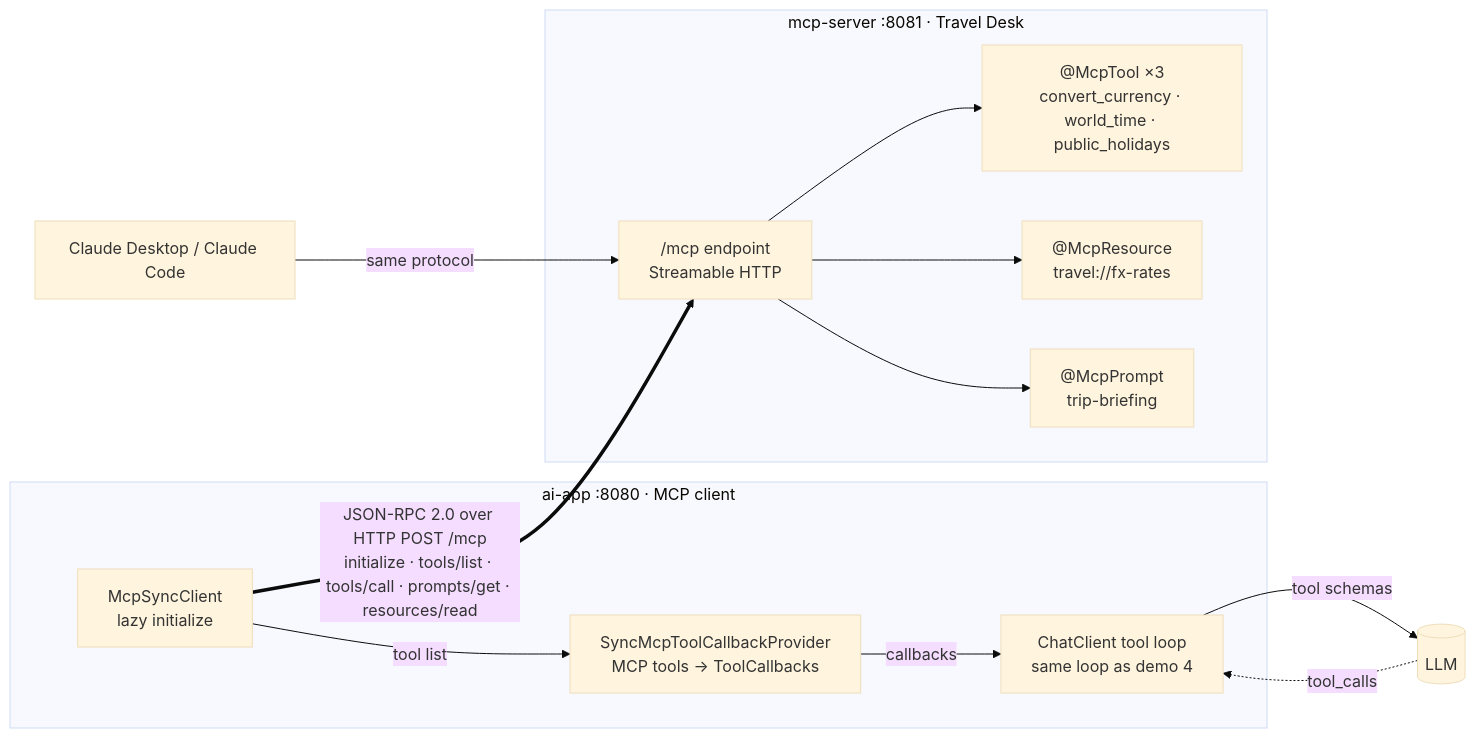
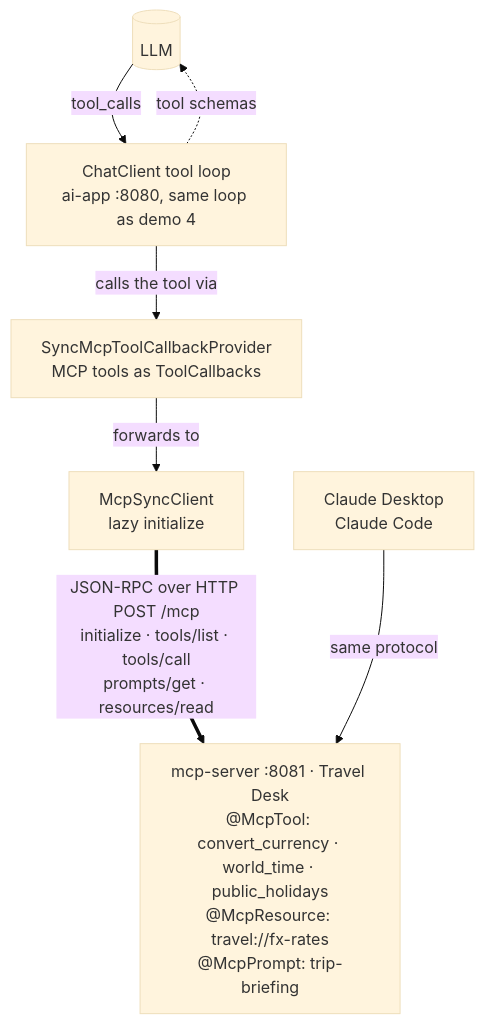
Before and after one commit to VimalKmr250/ai-concepts-demo: diagram 11 of 12 in docs/CONCEPTS.md, drawn with Mermaid (base theme). The commit also changed other lines of this file and 1 other file, not shown here.

First line of the commit message:
Make Mermaid diagrams readable on GitHub

````diff
--- a/docs/CONCEPTS.md
+++ b/docs/CONCEPTS.md
@@ -389,15 +391,9 @@
 ```mermaid
-flowchart LR
-    subgraph App["ai-app :8080 · MCP client"]
-        MC["McpSyncClient<br/>lazy initialize"] -- "tool list" --> CB["SyncMcpToolCallbackProvider<br/>MCP tools → ToolCallbacks"] -- callbacks --> TL["ChatClient tool loop<br/>same loop as demo 4"]
-    end
-    TL -- "tool schemas" --> L[("LLM")]
-    L -. "tool_calls" .-> TL
-    MC == "JSON-RPC 2.0 over HTTP POST /mcp<br/>initialize · tools/list · tools/call · prompts/get · resources/read" ==> EP
-    subgraph Server["mcp-server :8081 · Travel Desk"]
-        EP["/mcp endpoint<br/>Streamable HTTP"] --> T1["@McpTool ×3<br/>convert_currency · world_time · public_holidays"]
-        EP --> R1["@McpResource<br/>travel://fx-rates"]
-        EP --> P1["@McpPrompt<br/>trip-briefing"]
-    end
-    CD["Claude Desktop / Claude Code"] -- "same protocol" --> EP
+flowchart TB
+  L[("LLM")] -- "tool_calls" --> TL["ChatClient tool loop<br/>ai-app :8080, same loop as demo 4"]
+  TL -. "tool schemas" .-> L
+  TL -- "calls the tool via" --> CB["SyncMcpToolCallbackProvider<br/>MCP tools as ToolCallbacks"]
+  CB -- "forwards to" --> MC["McpSyncClient<br/>lazy initialize"]
+  MC == "JSON-RPC over HTTP POST /mcp<br/>initialize · tools/list · tools/call<br/>prompts/get · resources/read" ==> S["mcp-server :8081 · Travel Desk<br/>@McpTool: convert_currency · world_time · public_holidays<br/>@McpResource: travel://fx-rates<br/>@McpPrompt: trip-briefing"]
+  CD["Claude Desktop<br/>Claude Code"] -- "same protocol" --> S
 ```
````
